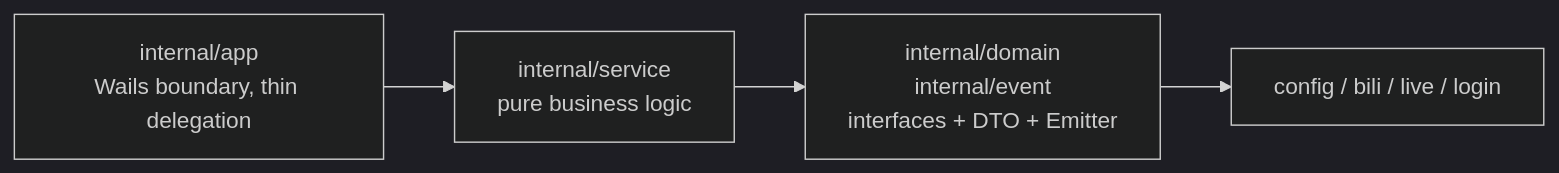
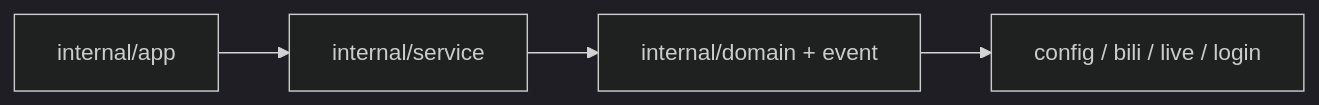
One commit to aDarkMaker/BiliLuckyDraw changed the diagram in docs/en/architecture/overview.md. Above: the diagram before and after it, drawn with Mermaid (dark theme). The commit also changed 2 other files, not shown here.

Commit message:
fix(docs): 修复后端分层图文字溢出
- mermaid 关闭 htmlLabels,改用 SVG 文本渲染避免 CJK 标签外框算窄
- 各层节点精简为单行包名,职责说明交由下方列表

````diff
--- a/docs/en/architecture/overview.md
+++ b/docs/en/architecture/overview.md
@@ -7,9 +7,9 @@
 ```mermaid
 flowchart LR
-    App["internal/app<br/>Wails boundary, thin delegation"]
-    Svc["internal/service<br/>pure business logic"]
-    Dom["internal/domain<br/>internal/event<br/>interfaces + DTO + Emitter"]
+    App["internal/app"]
+    Svc["internal/service"]
+    Dom["internal/domain + event"]
     Base["config / bili / live / login"]
 
     App --> Svc --> Dom --> Base
 ```
````
